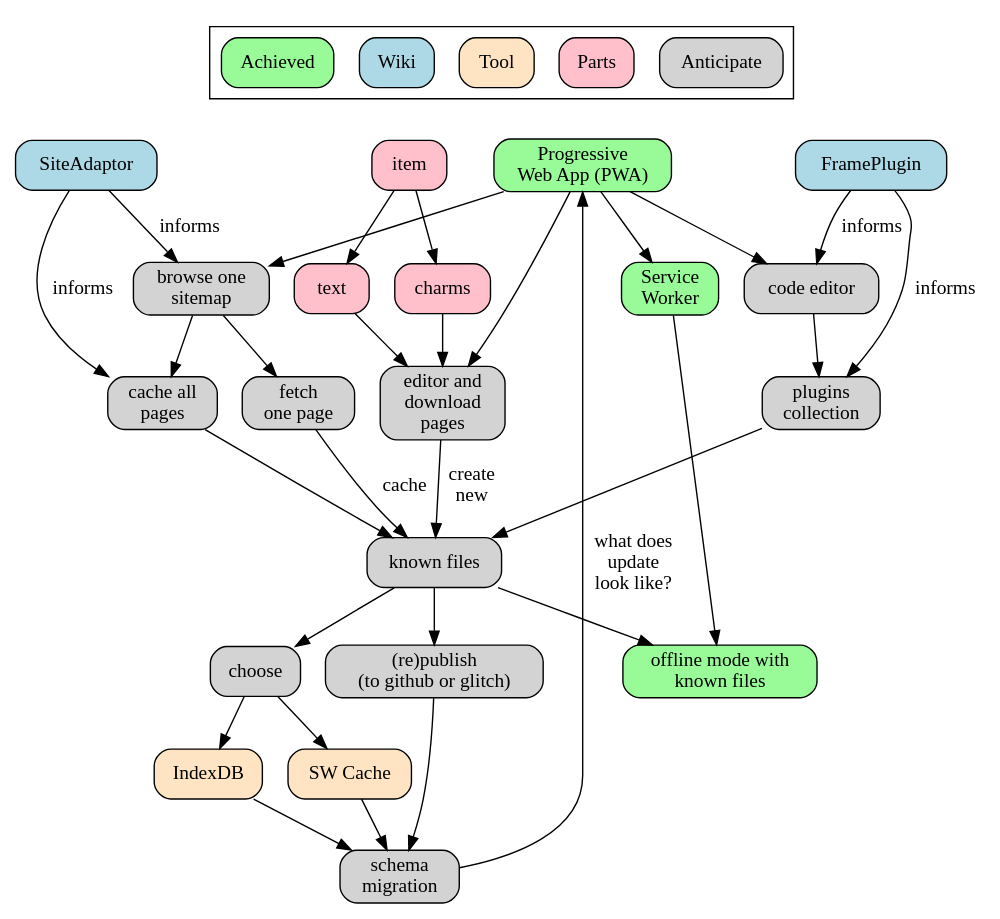
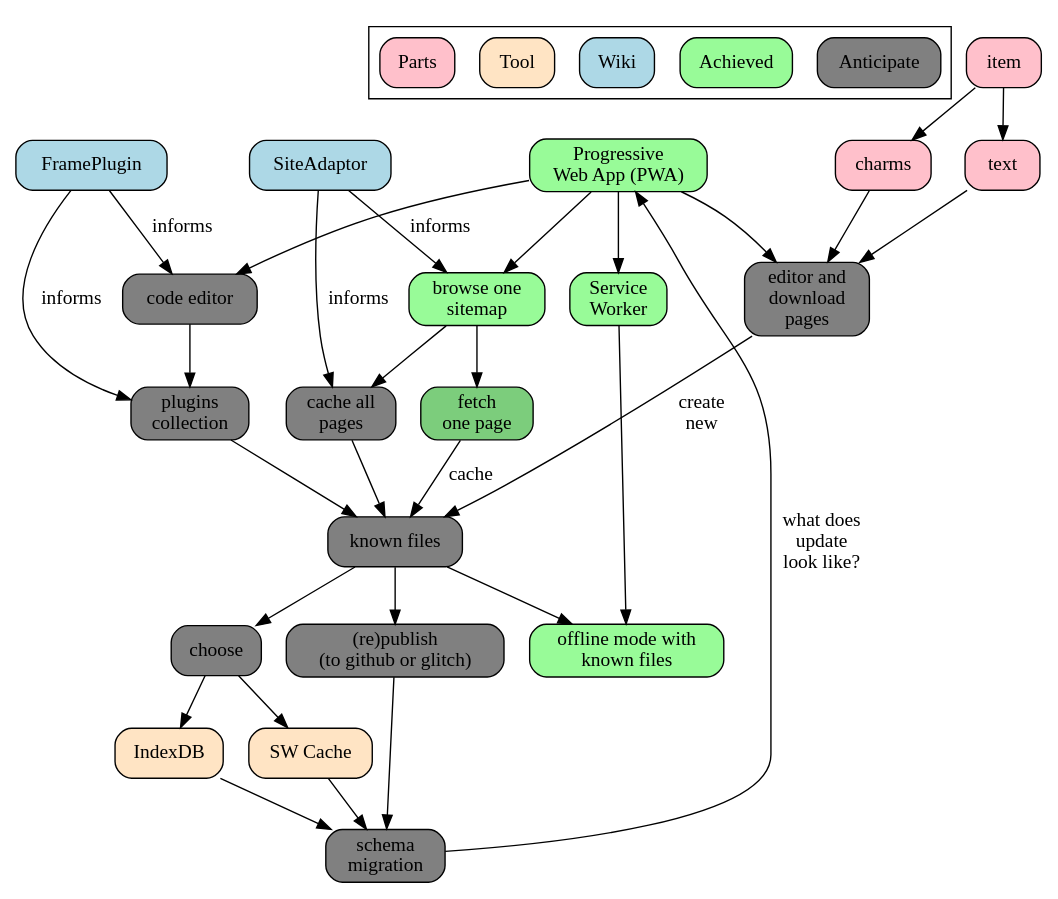
Before and after one commit to dobbs/wiki-spike-css: the diagram in pwa/achievement-map.dot, drawn with Graphviz. The commit also changed 1 other file, not shown here.

Commit message:
update diagram to show some of our progress

```diff
--- a/pwa/achievement-map.dot
+++ b/pwa/achievement-map.dot
@@ -1,63 +1,74 @@
 digraph {
   node [shape=box style="rounded,filled"]
 
-  {node [fillcolor="palegreen"] Achieved
-    PWA SW Offline}
-  {node [fillcolor="lightblue"] Wiki
+  Anticipate [fillcolor="grey"]
+  Achieved [fillcolor="palegreen"]
+  Wiki [fillcolor="lightblue"]
+  Tool [fillcolor="bisque"]
+  Parts [fillcolor="pink"]
+
+  {node [fillcolor="palegreen"]
+    PWA SW Offline Sitemap Page}
+  {node [fillcolor="lightblue"]
     Site Frame}
-  {node [fillcolor="bisque"]    Tool
+  {node [fillcolor="bisque"]
     SWCache IndexDB}
-  {node [fillcolor="pink"]      Parts
+  {node [fillcolor="grey"]
+    Files Edit EditCode Plugins Edit
+    Publish Cache Schema choose
+  }
+  {node [fillcolor="pink"]
     item text charms}
 
   subgraph cluster_1 {
     Anticipate
     Achieved
     Wiki
     Tool
     Parts
-  } -> {PWA item} [style=invis]
+  }
+  Wiki -> {PWA Edit} [style=invis]
+
 
   PWA [label="Progressive\nWeb App (PWA)"]
   SW [label="Service\nWorker"]
   Offline [label="offline mode with\nknown files"]
   Files [label="known files"]
   Edit [label="editor and\ndownload\npages"]
   Sitemap [label="browse one\nsitemap"]
-  Page [label="fetch\none page"]
+  Page [label="fetch\none page" fillcolor="palegreen3"]
   Publish [label="(re)publish\n(to github or glitch)"]
   Cache [label="cache all\npages"]
 
   Site [label="SiteAdaptor"]
   Frame [label="FramePlugin"]
   SWCache [label="SW Cache"]
   IndexDB
 
   EditCode [label="code editor"]
   Plugins [label="plugins\ncollection"]
   Schema [label="schema\nmigration"]
 
   Site -> {Sitemap Cache} [label="informs"]
 
   PWA -> Edit
 
   item -> {text charms} -> Edit
 
   Edit -> Files [label="create\nnew"]
   PWA ->EditCode -> Plugins -> Files
   Frame -> {EditCode Plugins} [label="informs"]
 
   PWA -> Sitemap -> Page
   Sitemap -> Cache -> Files
   Page -> Files [label="cache"]
   {SWCache IndexDB Files}
 
   Files -> Publish -> Schema
   Files -> choose -> {IndexDB SWCache} -> Schema
   Schema -> PWA [label="what does\nupdate\nlook like?"]
 
   Files -> Offline
   PWA -> SW
   SW -> Offline
-
 }
```
